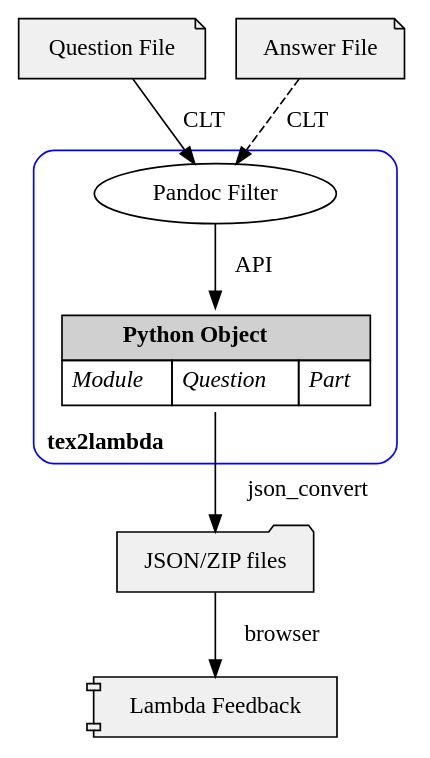
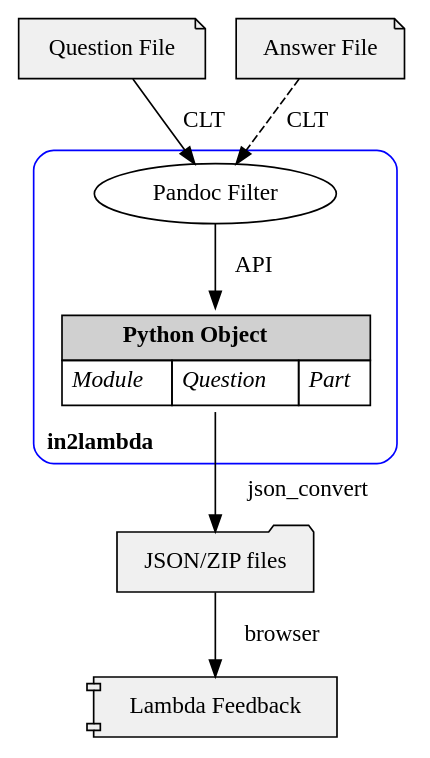
The diagram in docs/source/diagrams/workflow.dot (lambda-feedback/in2lambda), drawn with Graphviz before and after one commit. The commit also changed 43 other files, not shown here.

Commit message:
tex2lambda —> in2lambda

```diff
--- a/docs/source/diagrams/workflow.dot
+++ b/docs/source/diagrams/workflow.dot
@@ -1,33 +1,33 @@
-digraph tex2lambda_workflow {
-    subgraph cluster_tex2lambda {
+digraph in2lambda_workflow {
+    subgraph cluster_in2lambda {
         color = blue;
         
         labelloc = "b";
         labeljust = "l";
         
         style = "rounded";
-        label = <<b>tex2lambda</b>>;
+        label = <<b>in2lambda</b>>;
         
         filters [label = "Pandoc Filter";fillcolor = "#F0F0F0";];
         python_object [label = <<table border='0' cellborder='1' cellspacing='0' cellpadding='5'>
             <tr><td colspan="3" bgcolor="#D0D0D0"><b>Python Object</b></td></tr>
             <tr>
             <td port='port_one'><i>Module</i></td>
             <td port='port_two'><i>Question</i></td>
             <td port='port_three'><i>Part</i></td>
             </tr>
             </table>>;shape = none;];
     }
     
     node [style = "filled"; fillcolor = "#F0F0F0";];
     question_file [label = "Question File";shape = "note";];
     answer_file [label = "Answer File";shape = "note";];
     json [label = "JSON/ZIP files";shape = "folder";];
     lambda_feedback [label = "Lambda Feedback";shape = "component";];
     
     question_file -> filters [label = "  CLT";];
     answer_file -> filters [label = "  CLT"; style = dashed;];
     filters -> python_object [label = "   API";];
     python_object -> json [label = "   json_convert";];
     json -> lambda_feedback [label = "   browser";];
 }
```
